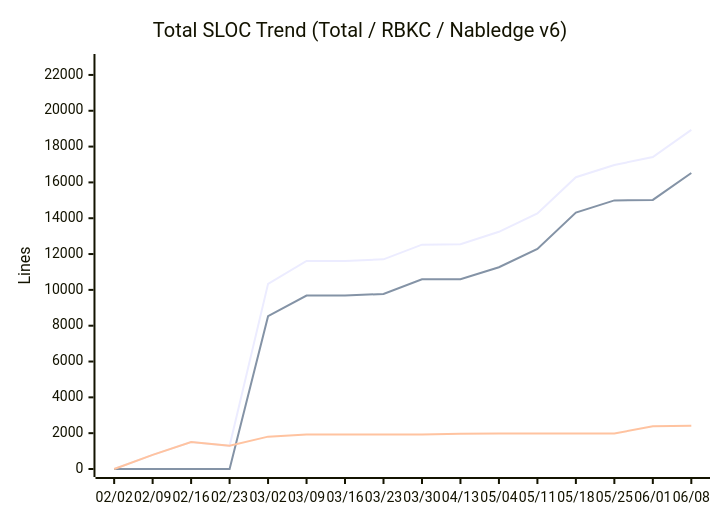
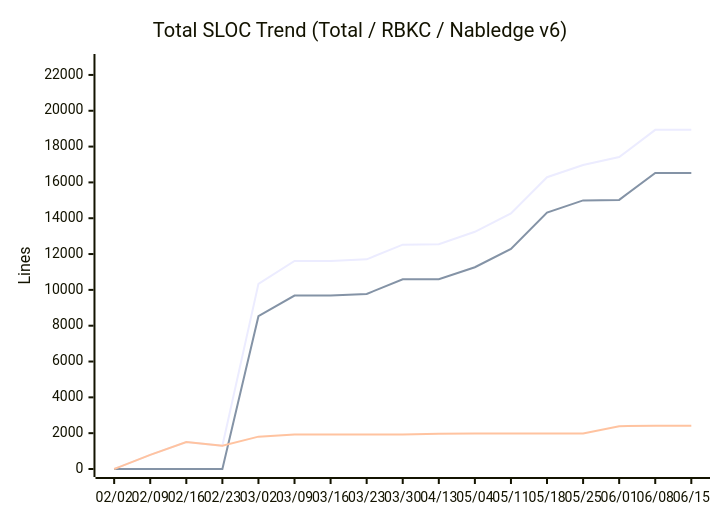
One commit to nablarch/nabledge-dev changed the eighth of 14 diagrams in docs/metrics.md. Above: the diagram before and after it, drawn with Mermaid. The commit also changed other lines of this file and 2 other files, not shown here.

````diff
--- a/docs/metrics.md
+++ b/docs/metrics.md
@@ -121,9 +121,9 @@
 ```mermaid
 xychart-beta
   title "Total SLOC Trend (Total / RBKC / Nabledge v6)"
-  x-axis ["02/02", "02/09", "02/16", "02/23", "03/02", "03/09", "03/16", "03/23", "03/30", "04/13", "05/04", "05/11", "05/18", "05/25", "06/01", "06/08"]
+  x-axis ["02/02", "02/09", "02/16", "02/23", "03/02", "03/09", "03/16", "03/23", "03/30", "04/13", "05/04", "05/11", "05/18", "05/25", "06/01", "06/08", "06/15"]
   y-axis "Lines" 0 --> 22722
-  line [0, 789, 1503, 1293, 10339, 11613, 11613, 11704, 12523, 12553, 13242, 14265, 16290, 16973, 17415, 18935]
-  line [0, 0, 0, 0, 8533, 9682, 9682, 9773, 10592, 10592, 11264, 12287, 14312, 14995, 15023, 16523]
-  line [0, 789, 1503, 1293, 1806, 1931, 1931, 1931, 1931, 1961, 1978, 1978, 1978, 1978, 2392, 2412]
+  line [0, 789, 1503, 1293, 10339, 11613, 11613, 11704, 12523, 12553, 13242, 14265, 16290, 16973, 17415, 18935, 18935]
+  line [0, 0, 0, 0, 8533, 9682, 9682, 9773, 10592, 10592, 11264, 12287, 14312, 14995, 15023, 16523, 16523]
+  line [0, 789, 1503, 1293, 1806, 1931, 1931, 1931, 1931, 1961, 1978, 1978, 1978, 1978, 2392, 2412, 2412]
 ```
````
